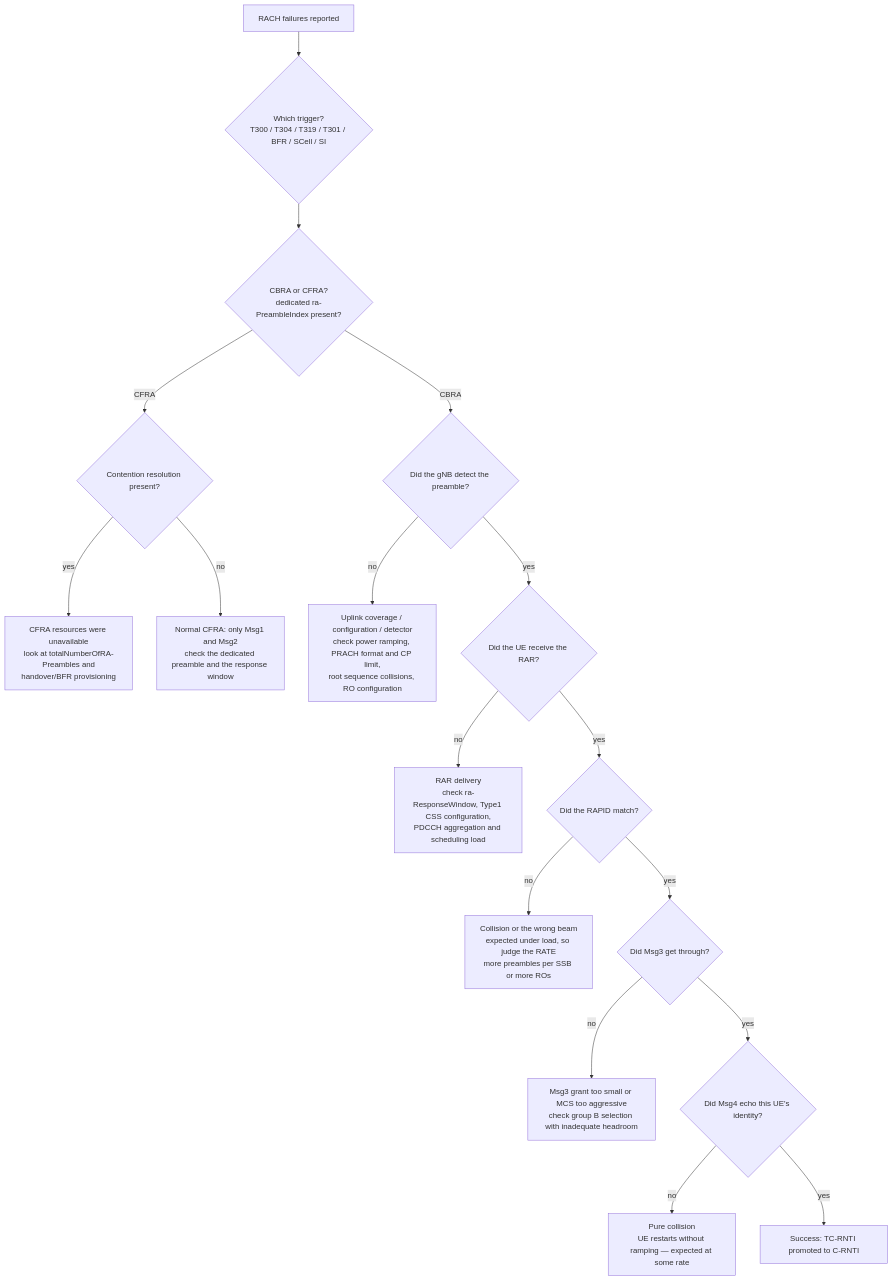
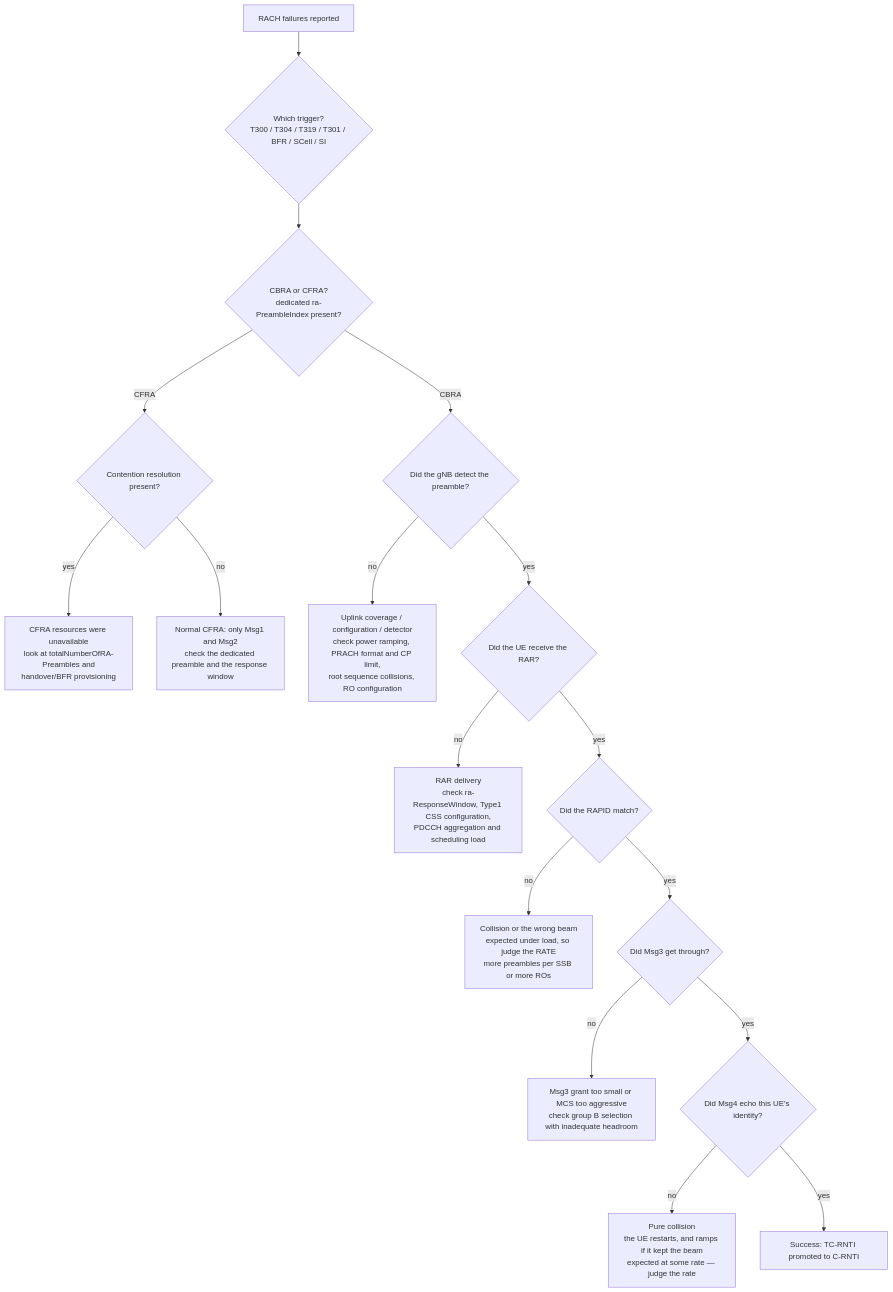
One commit to washingtonxr/xSkills changed diagram 13 of 13 in knowledge-graph/01-5 NR Random Access - UE RACH Procedure, Signalling and Tuning.md. Above: the diagram before and after it, drawn with Mermaid. The commit also changed other lines of this file and 9 other files, not shown here.

Commit message:
Update NR RA architecture contexts.

````diff
--- a/knowledge-graph/01-5 NR Random Access - UE RACH Procedure, Signalling and Tuning.md
+++ b/knowledge-graph/01-5 NR Random Access - UE RACH Procedure, Signalling and Tuning.md
@@ -705,19 +965,19 @@
 ```mermaid
 flowchart TD
     Q0["RACH failures reported"] --> Q1{"Which trigger?<br/>T300 / T304 / T319 / T301 / BFR / SCell / SI"}
     Q1 --> Q2{"CBRA or CFRA?<br/>dedicated ra-PreambleIndex present?"}
     Q2 -->|CFRA| F1{"Contention resolution present?"}
     F1 -->|yes| F2["CFRA resources were unavailable<br/>look at totalNumberOfRA-Preambles and<br/>handover/BFR provisioning"]
     F1 -->|no| F3["Normal CFRA: only Msg1 and Msg2<br/>check the dedicated preamble and the response window"]
     Q2 -->|CBRA| C1{"Did the gNB detect the preamble?"}
     C1 -->|no| D1["Uplink coverage / configuration / detector<br/>check power ramping, PRACH format and CP limit,<br/>root sequence collisions, RO configuration"]
     C1 -->|yes| C2{"Did the UE receive the RAR?"}
     C2 -->|no| D2["RAR delivery<br/>check ra-ResponseWindow, Type1 CSS configuration,<br/>PDCCH aggregation and scheduling load"]
     C2 -->|yes| C3{"Did the RAPID match?"}
     C3 -->|no| D3["Collision or the wrong beam<br/>expected under load, so judge the RATE<br/>more preambles per SSB or more ROs"]
     C3 -->|yes| C4{"Did Msg3 get through?"}
     C4 -->|no| D4["Msg3 grant too small or MCS too aggressive<br/>check group B selection with inadequate headroom"]
     C4 -->|yes| C5{"Did Msg4 echo this UE's identity?"}
-    C5 -->|no| D5["Pure collision<br/>UE restarts without ramping — expected at some rate"]
+    C5 -->|no| D5["Pure collision<br/>the UE restarts, and ramps if it kept the beam<br/>expected at some rate — judge the rate"]
     C5 -->|yes| OK["Success: TC-RNTI promoted to C-RNTI"]
 ```
````
